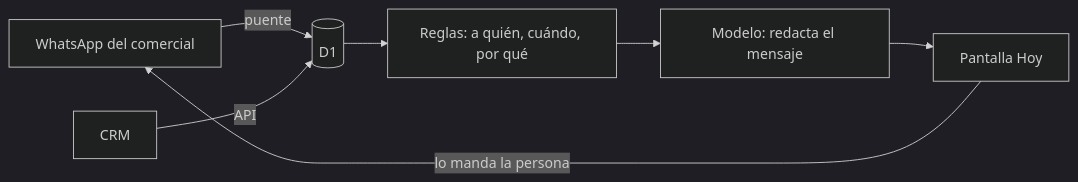
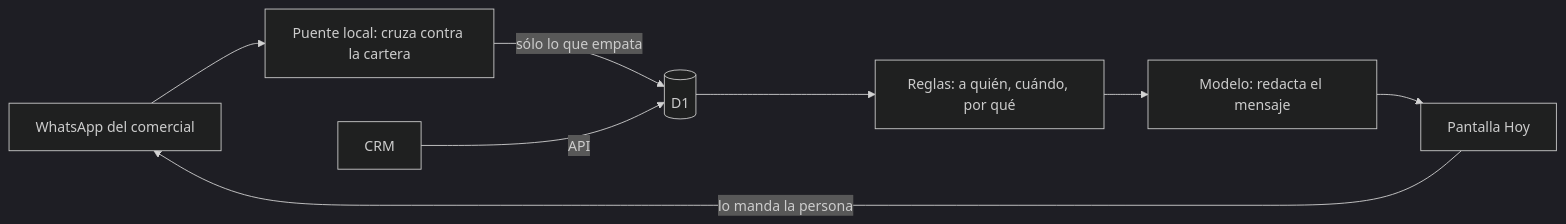
One commit to victorgalloo/victorgalloo changed the diagram in proyectos/motor-comercial.md. Above: the diagram before and after it, drawn with Mermaid (dark theme). The commit also changed other lines of this file and 4 other files, not shown here.

Commit message:
Fichas del modelo de admisiones (NVIDIA y AWS), el análisis de llamadas y el inventario comercial; el puente local del Motor

````diff
--- a/proyectos/motor-comercial.md
+++ b/proyectos/motor-comercial.md
@@ -18,9 +19,10 @@
 ```mermaid
 flowchart LR
-  W[WhatsApp del comercial] -->|puente| M[(D1)]
+  W[WhatsApp del comercial] --> P[Puente local: cruza contra la cartera]
+  P -->|sólo lo que empata| M[(D1)]
   C[CRM] -->|API| M
   M --> R[Reglas: a quién, cuándo, por qué]
   R --> T[Modelo: redacta el mensaje]
   T --> H[Pantalla Hoy]
   H -->|lo manda la persona| W
 ```
````
